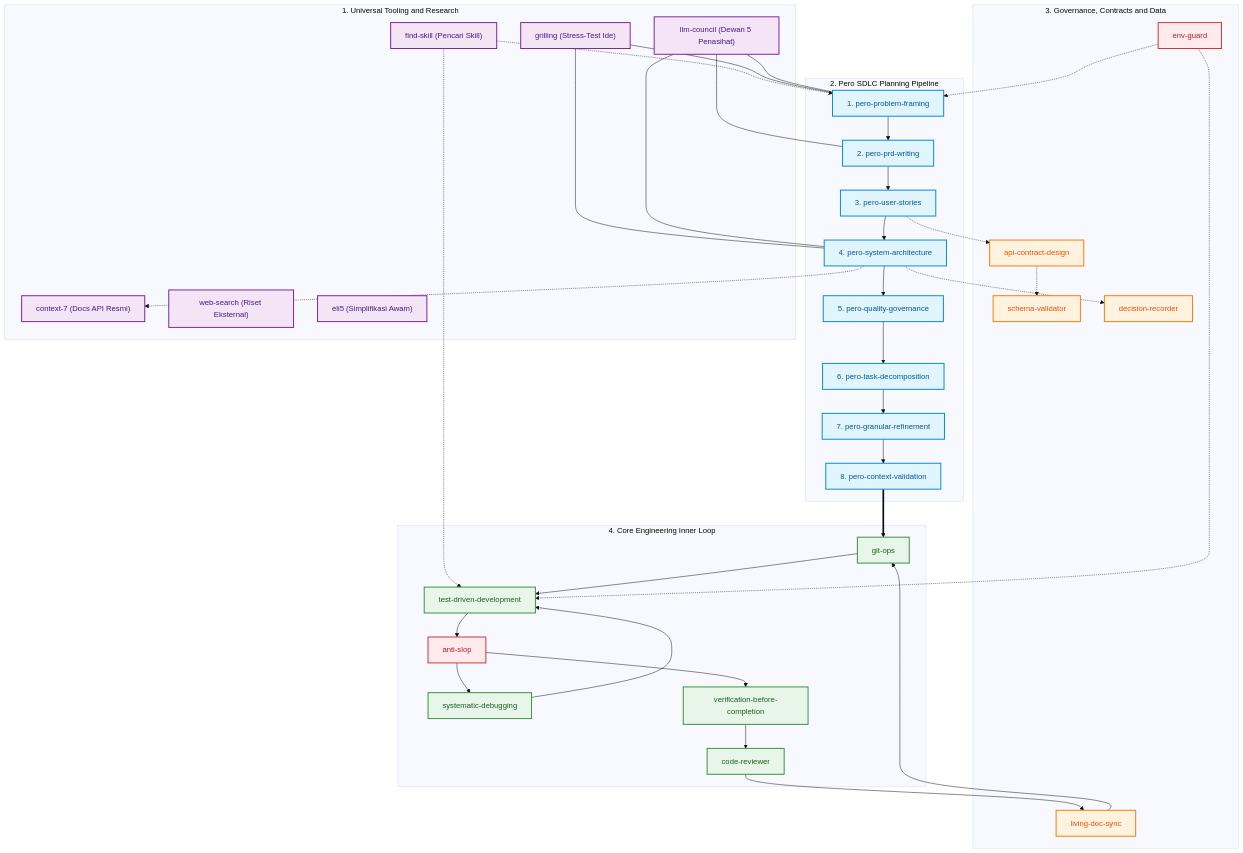
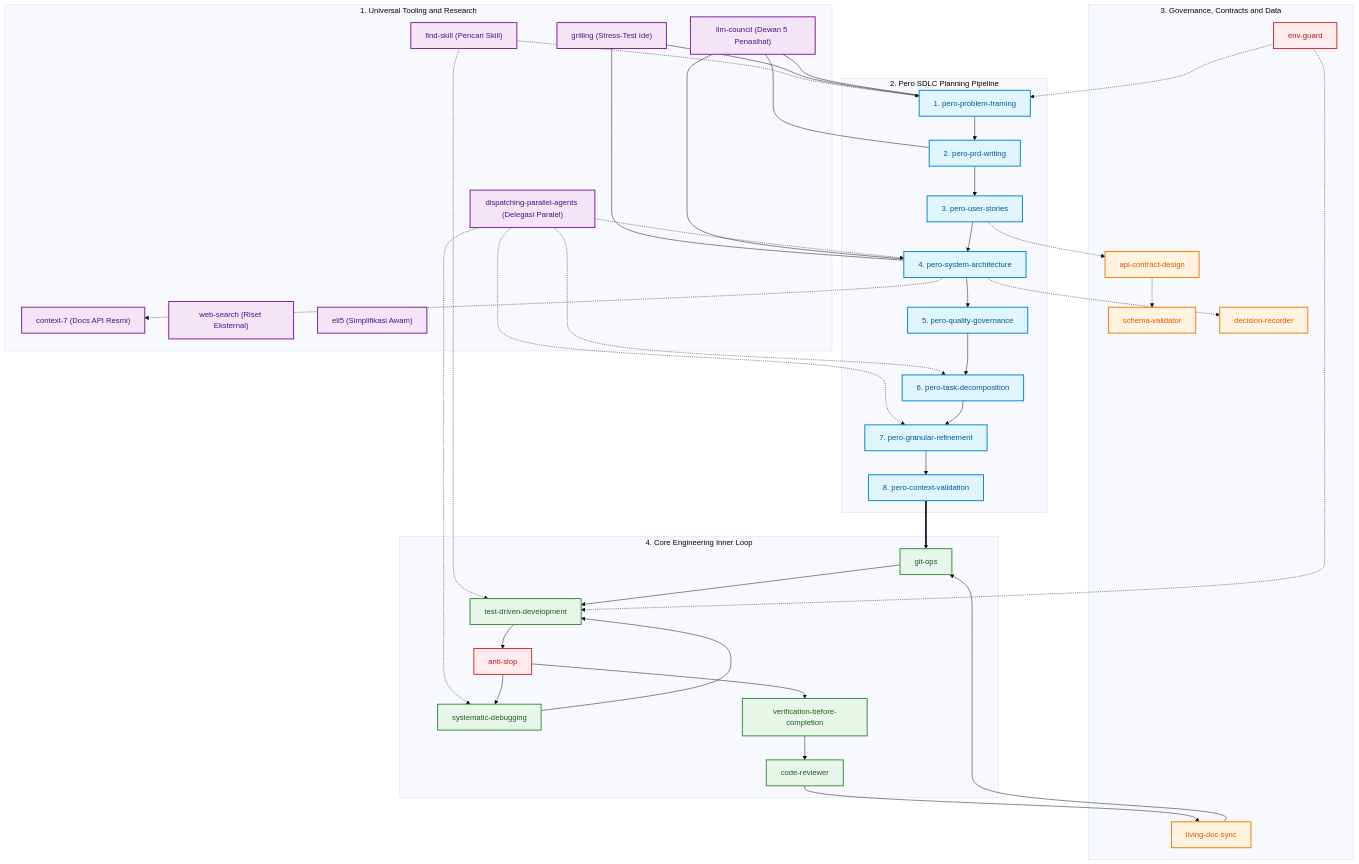
One commit to okyFaishal/pero-agent-skills changed the first of 4 diagrams in README.md. Above: the diagram before and after it, drawn with Mermaid (base theme). The commit also changed other lines of this file and 8 other files, not shown here.

First line of the commit message:
feat(skills): add dispatching-parallel-agents and integrate into SDLC pipeline

```diff
--- a/README.md
+++ b/README.md
@@ -56,6 +56,7 @@
         WS["web-search (Riset Eksternal)"]:::tool
         GRL["grilling (Stress-Test Ide)"]:::tool
         COU["llm-council (Dewan 5 Penasihat)"]:::tool
+        DPA["dispatching-parallel-agents (Delegasi Paralel)"]:::tool
         ELI5["eli5 (Simplifikasi Awam)"]:::tool
     end
 
@@ -96,6 +97,10 @@
     COU --- S1
     COU --- S2
     COU --- S4
+    DPA -.-> S6
+    DPA -.-> S7
+    DPA -.-> DBG
+    DPA -.-> S4
     
     S1 --> S2
     S2 --> S3
```
